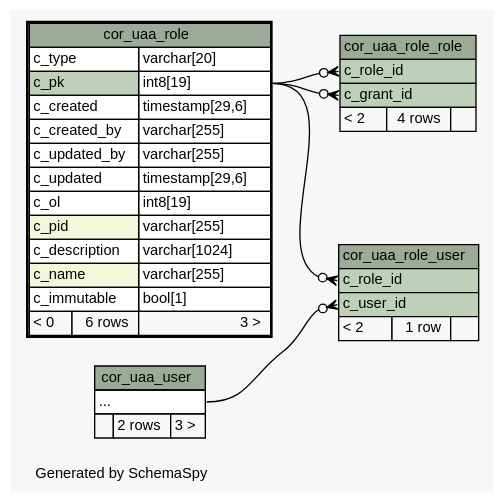
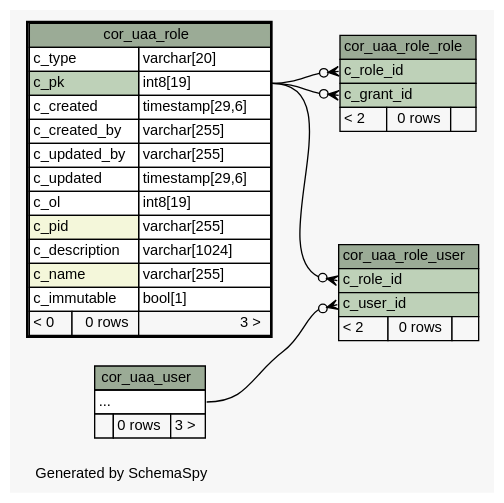
Before and after one commit to openwms/org.openwms.core.uaa: the diagram in 2.0.0-SNAPSHOT/schemaspy/diagrams/cor_uaa_role.2degrees.dot, drawn with Graphviz. The commit also changed 242 other files, not shown here.

```diff
--- a/2.0.0-SNAPSHOT/schemaspy/diagrams/cor_uaa_role.2degrees.dot
+++ b/2.0.0-SNAPSHOT/schemaspy/diagrams/cor_uaa_role.2degrees.dot
@@ -1,78 +1,78 @@
-// dot 2.43.0 on Linux 6.2.0-1012-azure
+// dot 2.43.0 on Linux 6.2.0-1018-azure
 // SchemaSpy rev Unknown
 digraph "twoDegreesRelationshipsDiagram" {
   graph [
     rankdir="RL"
     bgcolor="#f7f7f7"
     label="\nGenerated by SchemaSpy"
     labeljust="l"
     nodesep="0.18"
     ranksep="0.46"
     fontname="Helvetica"
     fontsize="11"
   ];
   node [
     fontname="Helvetica"
     fontsize="11"
     shape="plaintext"
   ];
   edge [
     arrowsize="0.8"
   ];
   "cor_uaa_role_role":"c_grant_id":w -> "cor_uaa_role":"c_pk.type":e [arrowhead=none dir=back arrowtail=crowodot];
   "cor_uaa_role_role":"c_role_id":w -> "cor_uaa_role":"c_pk.type":e [arrowhead=none dir=back arrowtail=crowodot];
   "cor_uaa_role_user":"c_role_id":w -> "cor_uaa_role":"c_pk.type":e [arrowhead=none dir=back arrowtail=crowodot];
   "cor_uaa_role_user":"c_user_id":w -> "cor_uaa_user":"elipses":e [arrowhead=none dir=back arrowtail=crowodot];
   "cor_uaa_role" [
     label=<
     <TABLE BORDER="2" CELLBORDER="1" CELLSPACING="0" BGCOLOR="#ffffff">
       <TR><TD COLSPAN="3" BGCOLOR="#9bab96" ALIGN="CENTER">cor_uaa_role</TD></TR>
       <TR><TD PORT="c_type" COLSPAN="2" ALIGN="LEFT">c_type</TD><TD PORT="c_type.type" ALIGN="LEFT">varchar[20]</TD></TR>
       <TR><TD PORT="c_pk" COLSPAN="2" BGCOLOR="#bed1b8" ALIGN="LEFT">c_pk</TD><TD PORT="c_pk.type" ALIGN="LEFT">int8[19]</TD></TR>
       <TR><TD PORT="c_created" COLSPAN="2" ALIGN="LEFT">c_created</TD><TD PORT="c_created.type" ALIGN="LEFT">timestamp[29,6]</TD></TR>
       <TR><TD PORT="c_created_by" COLSPAN="2" ALIGN="LEFT">c_created_by</TD><TD PORT="c_created_by.type" ALIGN="LEFT">varchar[255]</TD></TR>
       <TR><TD PORT="c_updated_by" COLSPAN="2" ALIGN="LEFT">c_updated_by</TD><TD PORT="c_updated_by.type" ALIGN="LEFT">varchar[255]</TD></TR>
       <TR><TD PORT="c_updated" COLSPAN="2" ALIGN="LEFT">c_updated</TD><TD PORT="c_updated.type" ALIGN="LEFT">timestamp[29,6]</TD></TR>
       <TR><TD PORT="c_ol" COLSPAN="2" ALIGN="LEFT">c_ol</TD><TD PORT="c_ol.type" ALIGN="LEFT">int8[19]</TD></TR>
       <TR><TD PORT="c_pid" COLSPAN="2" BGCOLOR="#f4f7da" ALIGN="LEFT">c_pid</TD><TD PORT="c_pid.type" ALIGN="LEFT">varchar[255]</TD></TR>
       <TR><TD PORT="c_description" COLSPAN="2" ALIGN="LEFT">c_description</TD><TD PORT="c_description.type" ALIGN="LEFT">varchar[1024]</TD></TR>
       <TR><TD PORT="c_name" COLSPAN="2" BGCOLOR="#f4f7da" ALIGN="LEFT">c_name</TD><TD PORT="c_name.type" ALIGN="LEFT">varchar[255]</TD></TR>
       <TR><TD PORT="c_immutable" COLSPAN="2" ALIGN="LEFT">c_immutable</TD><TD PORT="c_immutable.type" ALIGN="LEFT">bool[1]</TD></TR>
-      <TR><TD ALIGN="LEFT" BGCOLOR="#f7f7f7">&lt; 0</TD><TD ALIGN="RIGHT" BGCOLOR="#f7f7f7">6 rows</TD><TD ALIGN="RIGHT" BGCOLOR="#f7f7f7">3 &gt;</TD></TR>
+      <TR><TD ALIGN="LEFT" BGCOLOR="#f7f7f7">&lt; 0</TD><TD ALIGN="RIGHT" BGCOLOR="#f7f7f7">0 rows</TD><TD ALIGN="RIGHT" BGCOLOR="#f7f7f7">3 &gt;</TD></TR>
     </TABLE>>
     URL="cor_uaa_role.html"
     tooltip="cor_uaa_role"
   ];
   "cor_uaa_role_role" [
     label=<
     <TABLE BORDER="0" CELLBORDER="1" CELLSPACING="0" BGCOLOR="#ffffff">
       <TR><TD COLSPAN="3" BGCOLOR="#9bab96" ALIGN="CENTER">cor_uaa_role_role</TD></TR>
       <TR><TD PORT="c_role_id" COLSPAN="3" BGCOLOR="#bed1b8" ALIGN="LEFT">c_role_id</TD></TR>
       <TR><TD PORT="c_grant_id" COLSPAN="3" BGCOLOR="#bed1b8" ALIGN="LEFT">c_grant_id</TD></TR>
-      <TR><TD ALIGN="LEFT" BGCOLOR="#f7f7f7">&lt; 2</TD><TD ALIGN="RIGHT" BGCOLOR="#f7f7f7">4 rows</TD><TD ALIGN="RIGHT" BGCOLOR="#f7f7f7">  </TD></TR>
+      <TR><TD ALIGN="LEFT" BGCOLOR="#f7f7f7">&lt; 2</TD><TD ALIGN="RIGHT" BGCOLOR="#f7f7f7">0 rows</TD><TD ALIGN="RIGHT" BGCOLOR="#f7f7f7">  </TD></TR>
     </TABLE>>
     URL="cor_uaa_role_role.html"
     tooltip="cor_uaa_role_role"
   ];
   "cor_uaa_role_user" [
     label=<
     <TABLE BORDER="0" CELLBORDER="1" CELLSPACING="0" BGCOLOR="#ffffff">
       <TR><TD COLSPAN="3" BGCOLOR="#9bab96" ALIGN="CENTER">cor_uaa_role_user</TD></TR>
       <TR><TD PORT="c_role_id" COLSPAN="3" BGCOLOR="#bed1b8" ALIGN="LEFT">c_role_id</TD></TR>
       <TR><TD PORT="c_user_id" COLSPAN="3" BGCOLOR="#bed1b8" ALIGN="LEFT">c_user_id</TD></TR>
-      <TR><TD ALIGN="LEFT" BGCOLOR="#f7f7f7">&lt; 2</TD><TD ALIGN="RIGHT" BGCOLOR="#f7f7f7">1 row</TD><TD ALIGN="RIGHT" BGCOLOR="#f7f7f7">  </TD></TR>
+      <TR><TD ALIGN="LEFT" BGCOLOR="#f7f7f7">&lt; 2</TD><TD ALIGN="RIGHT" BGCOLOR="#f7f7f7">0 rows</TD><TD ALIGN="RIGHT" BGCOLOR="#f7f7f7">  </TD></TR>
     </TABLE>>
     URL="cor_uaa_role_user.html"
     tooltip="cor_uaa_role_user"
   ];
   "cor_uaa_user" [
     label=<
     <TABLE BORDER="0" CELLBORDER="1" CELLSPACING="0" BGCOLOR="#ffffff">
       <TR><TD COLSPAN="3" BGCOLOR="#9bab96" ALIGN="CENTER">cor_uaa_user</TD></TR>
       <TR><TD PORT="elipses" COLSPAN="3" ALIGN="LEFT">...</TD></TR>
-      <TR><TD ALIGN="LEFT" BGCOLOR="#f7f7f7">  </TD><TD ALIGN="RIGHT" BGCOLOR="#f7f7f7">2 rows</TD><TD ALIGN="RIGHT" BGCOLOR="#f7f7f7">3 &gt;</TD></TR>
+      <TR><TD ALIGN="LEFT" BGCOLOR="#f7f7f7">  </TD><TD ALIGN="RIGHT" BGCOLOR="#f7f7f7">0 rows</TD><TD ALIGN="RIGHT" BGCOLOR="#f7f7f7">3 &gt;</TD></TR>
     </TABLE>>
     URL="cor_uaa_user.html"
     tooltip="cor_uaa_user"
   ];
 }
```
